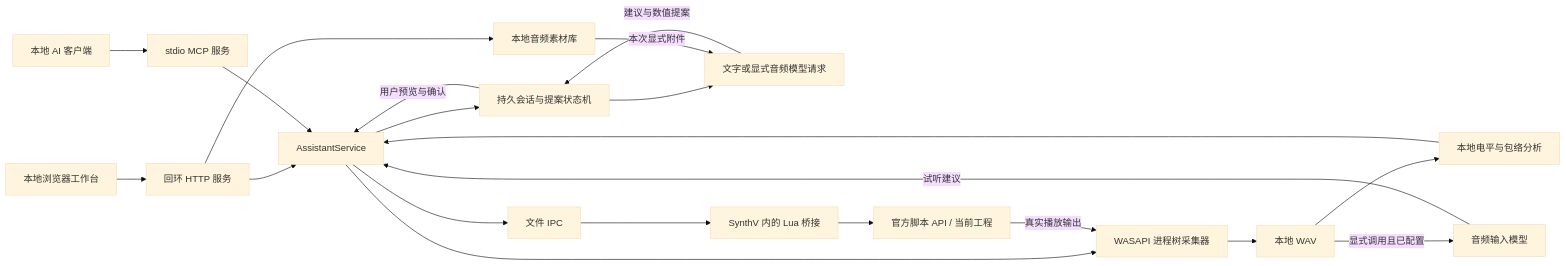
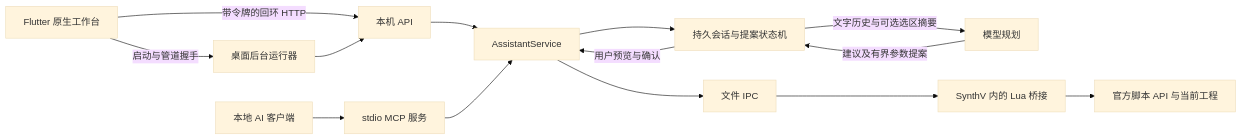
The diagram in docs/architecture.md (blockshy/synthv-assistant), drawn with Mermaid (base theme) before and after one commit. The commit also changed other lines of this file and 57 other files, not shown here.

````diff
--- a/docs/architecture.md
+++ b/docs/architecture.md
@@ -5,23 +7,16 @@
 ```mermaid
 flowchart LR
-    UI[本地浏览器工作台] --> HTTP[回环 HTTP 服务]
+    UI[Flutter 原生工作台] -->|启动与管道握手| R[桌面后台运行器]
+    UI -->|带令牌的回环 HTTP| H[本机 API]
     AI[本地 AI 客户端] --> MCP[stdio MCP 服务]
-    HTTP --> S[AssistantService]
+    R --> H
+    H --> S[AssistantService]
     MCP --> S
-    S --> CHAT[持久会话与提案状态机]
-    CHAT --> PLAN[文字或显式音频模型请求]
-    PLAN -->|建议与数值提案| CHAT
-    CHAT -->|用户预览与确认| S
-    HTTP --> ASSET[本地音频素材库]
-    ASSET -->|本次显式附件| PLAN
+    S --> C[持久会话与提案状态机]
+    C -->|文字历史与可选选区摘要| P[模型规划]
+    P -->|建议及有界参数提案| C
+    C -->|用户预览与确认| S
     S --> IPC[文件 IPC]
-    IPC --> LUA[SynthV 内的 Lua 桥接]
-    LUA --> SV[官方脚本 API / 当前工程]
-    S --> CAP[WASAPI 进程树采集器]
-    SV -->|真实播放输出| CAP
-    CAP --> WAV[本地 WAV]
-    WAV --> ANALYSIS[本地电平与包络分析]
-    WAV -->|显式调用且已配置| REVIEW[音频输入模型]
-    ANALYSIS --> S
-    REVIEW -->|试听建议| S
+    IPC --> L[SynthV 内的 Lua 桥接]
+    L --> SV[官方脚本 API 与当前工程]
 ```
````
